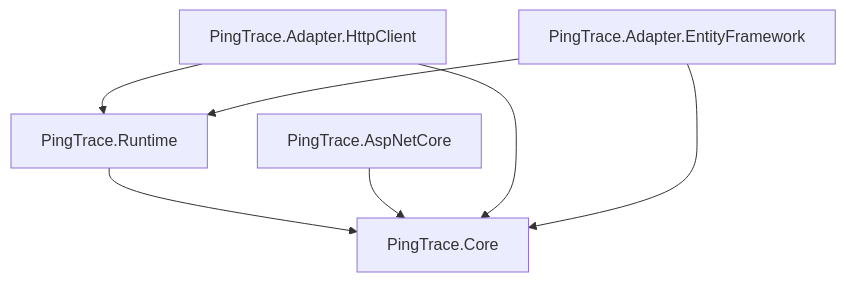
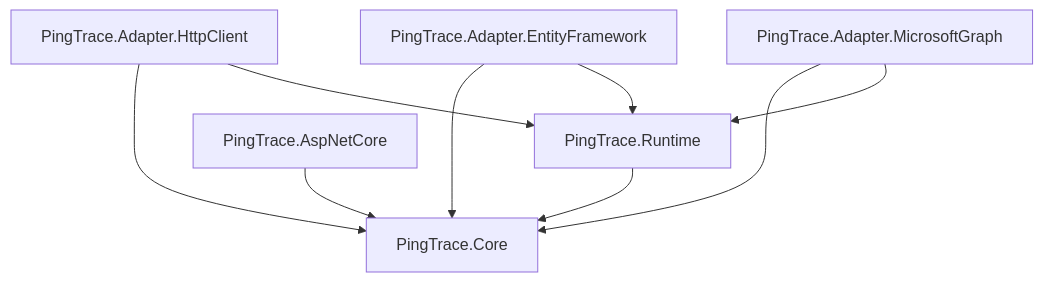
One commit to patware/PingTrace changed the first of 2 diagrams in docs/architecture/ARCHITECTURE.md. Above: the diagram before and after it, drawn with Mermaid. The commit also changed other lines of this file and 19 other files, not shown here.

Commit message:
Implement Adapter Microsoft Graph

````diff
--- a/docs/architecture/ARCHITECTURE.md
+++ b/docs/architecture/ARCHITECTURE.md
@@ -27,9 +28,11 @@
 ```mermaid
 flowchart TD
     Runtime["PingTrace.Runtime"] --> Core["PingTrace.Core"]
     AspNetCore["PingTrace.AspNetCore"] --> Core
     HttpAdapter["PingTrace.Adapter.HttpClient"] --> Core
     HttpAdapter --> Runtime
     EfAdapter["PingTrace.Adapter.EntityFramework"] --> Core
     EfAdapter --> Runtime
+    GraphAdapter["PingTrace.Adapter.MicrosoftGraph"] --> Core
+    GraphAdapter --> Runtime
 ```
````
